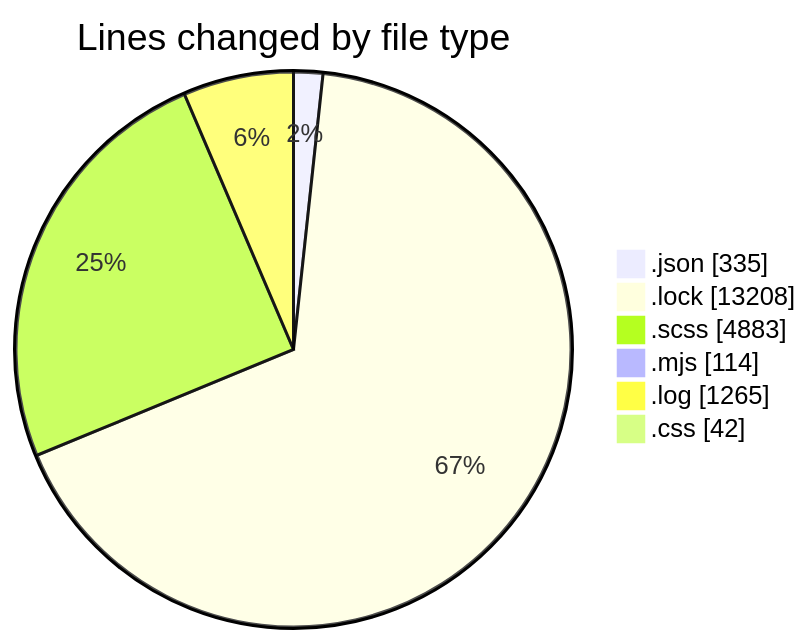
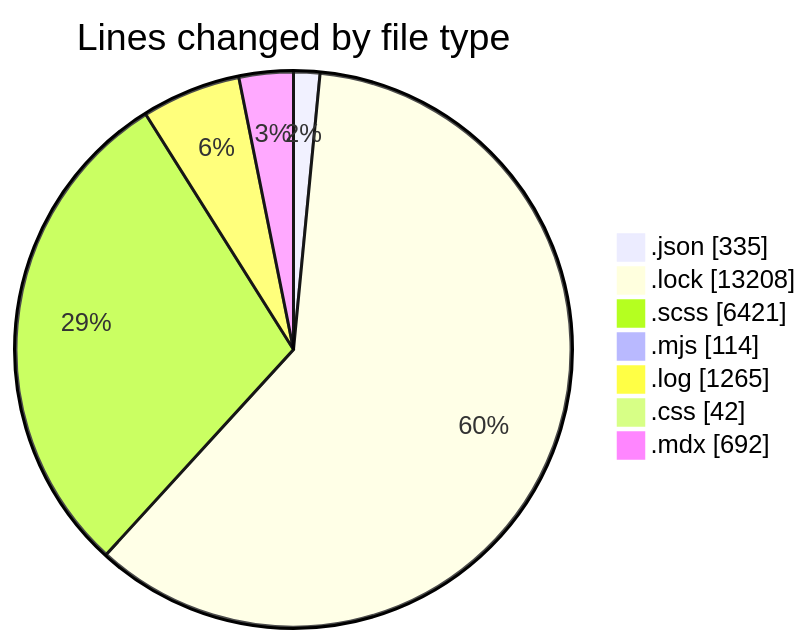
Before and after one commit to momahboobian/code-tracking: the first of 2 diagrams in 2026-01-26/cda/README.md, drawn with Mermaid. The commit also changed other lines of this file and 1 other file, not shown here.

````diff
--- a/2026-01-26/cda/README.md
+++ b/2026-01-26/cda/README.md
@@ -36,10 +41,11 @@
 ```mermaid
 pie showData
 title Lines changed by file type
 ".json" : 335
 ".lock" : 13208
-".scss" : 4883
+".scss" : 6421
 ".mjs" : 114
 ".log" : 1265
 ".css" : 42
+".mdx" : 692
 ```
````
